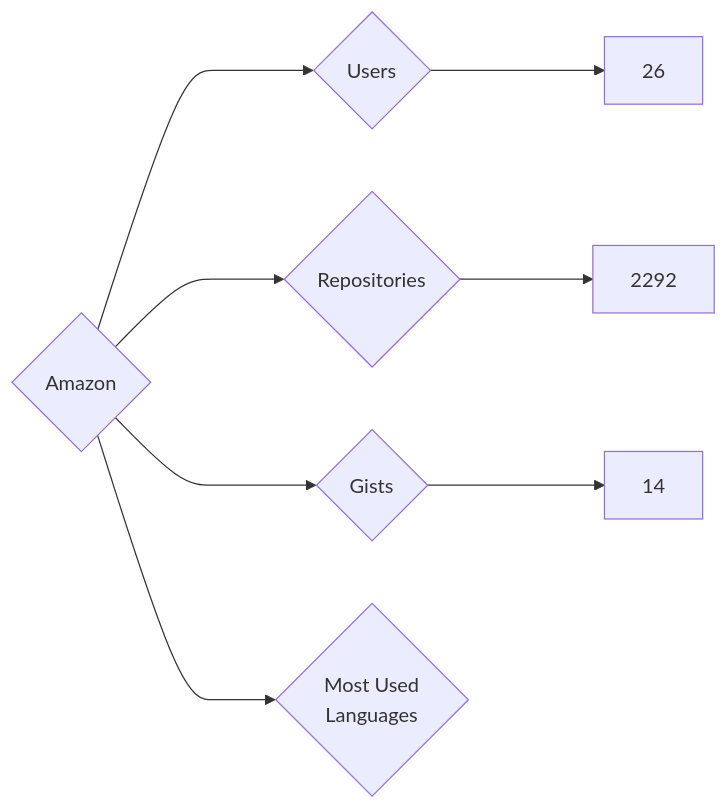
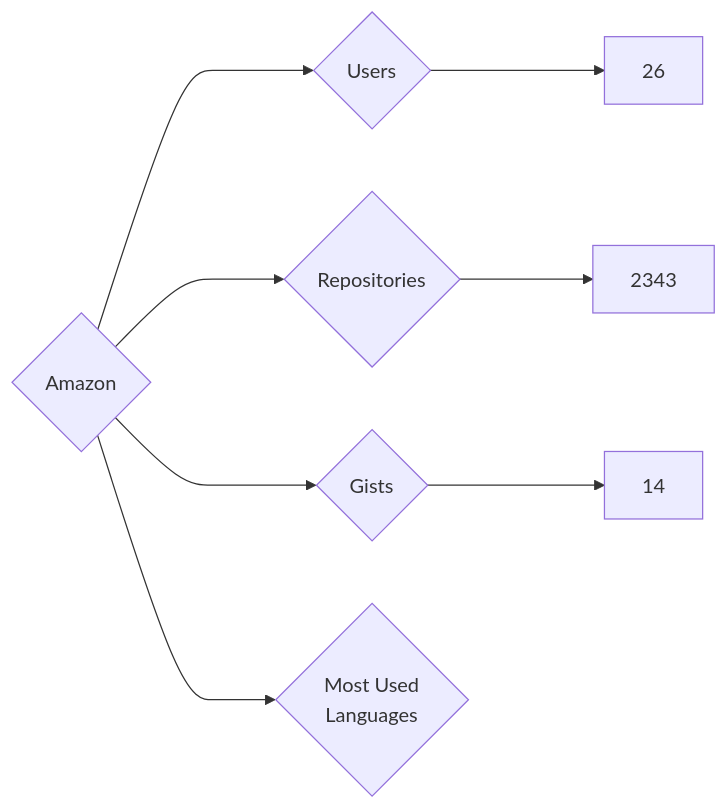
One commit to nenadzaric/insiders changed the diagram in targets/Amazon/README.md. Above: the diagram before and after it, drawn with Mermaid. The commit also changed 2877 other files, not shown here.

````diff
--- a/targets/Amazon/README.md
+++ b/targets/Amazon/README.md
@@ -3,8 +3,8 @@
 ```mermaid
 graph LR
 COMPANY_NAME{Amazon}
 COMPANY_NAME ---> U{Users} ---> UN[26]
-COMPANY_NAME ---> R{Repositories} ---> RN[2292]
+COMPANY_NAME ---> R{Repositories} ---> RN[2343]
 COMPANY_NAME ---> G{Gists} ---> GN[14]
 COMPANY_NAME ---> ML{Most Used<br>Languages}
 ```
````
